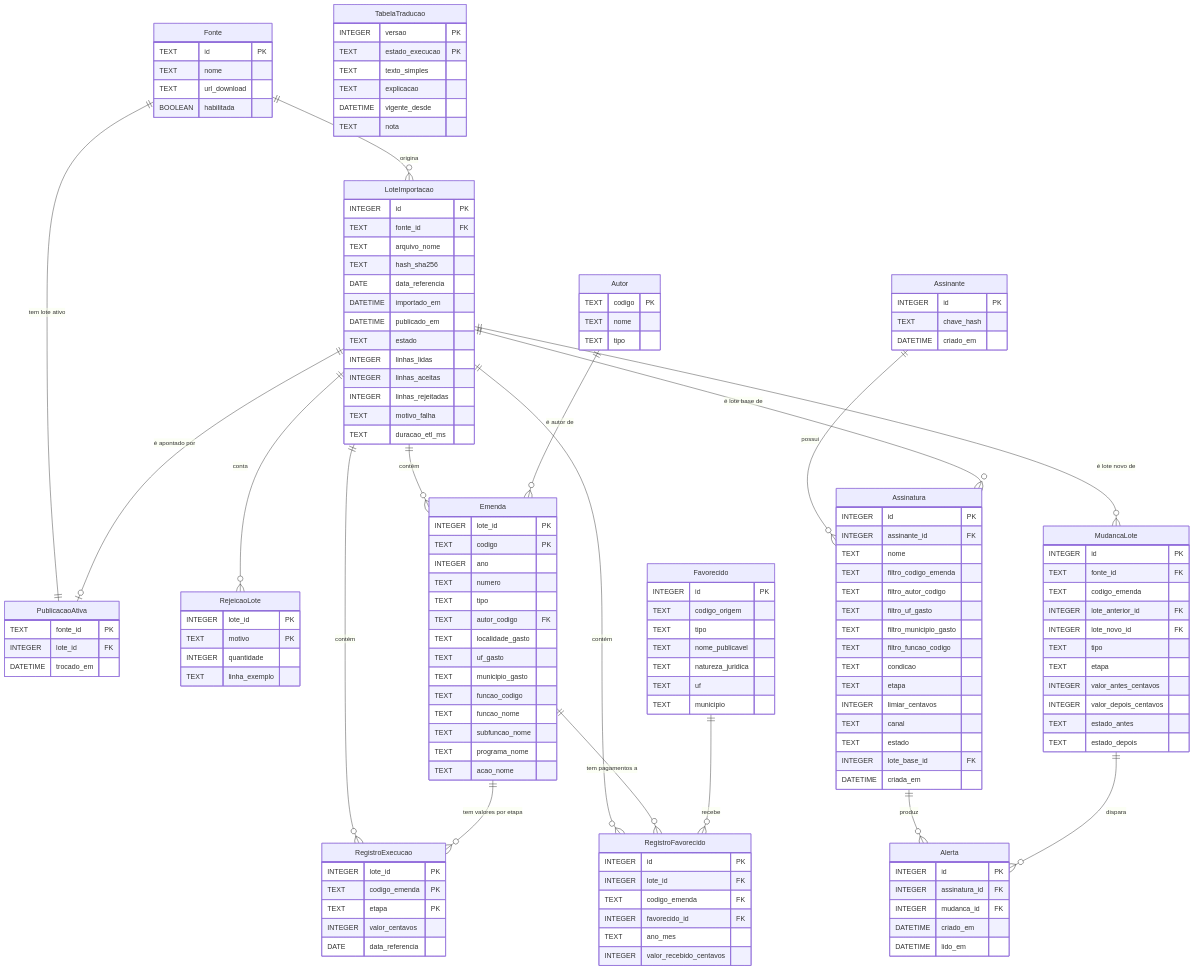
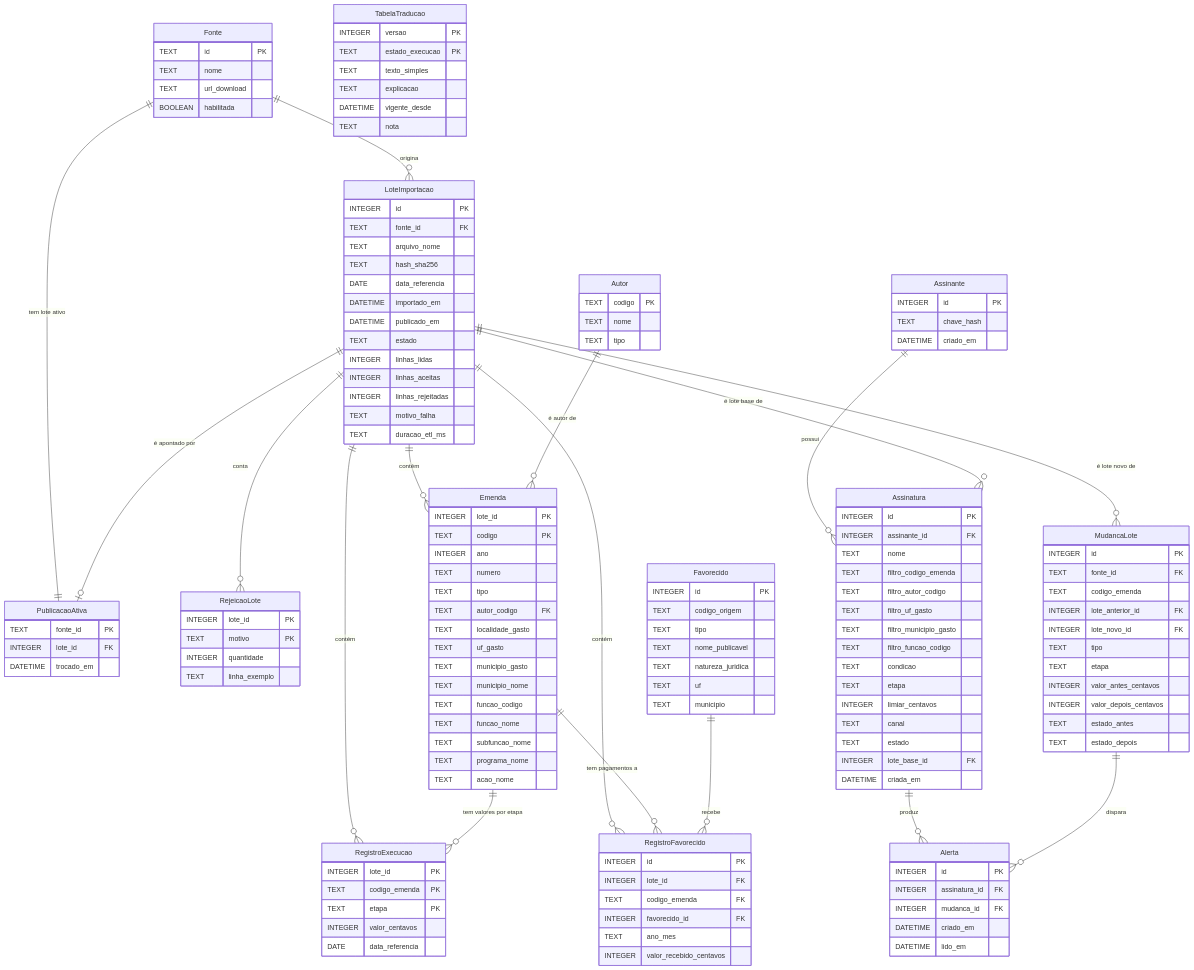
The diagram in especificacoes/joao-vitor/arquitetura/contratos/modelo-de-dados.md (jvchaaves/rastro), drawn with Mermaid before and after one commit. The commit also changed other lines of this file and 47 other files, not shown here.

```diff
--- a/especificacoes/joao-vitor/arquitetura/contratos/modelo-de-dados.md
+++ b/especificacoes/joao-vitor/arquitetura/contratos/modelo-de-dados.md
@@ -70,6 +70,7 @@
         TEXT localidade_gasto
         TEXT uf_gasto
         TEXT municipio_gasto
+        TEXT municipio_nome
         TEXT funcao_codigo
         TEXT funcao_nome
         TEXT subfuncao_nome
```
